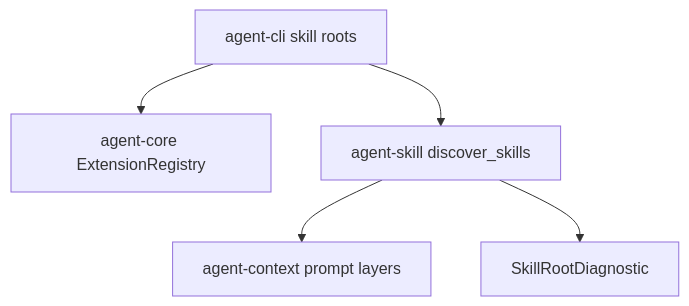
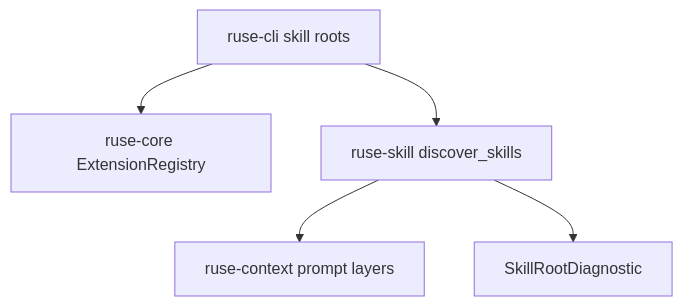
One commit to poneding/agent changed the diagram in docs/specs/M22-03-skill-root-management.spec.md. Above: the diagram before and after it, drawn with Mermaid. The commit also changed other lines of this file and 2091 other files, not shown here.

First line of the commit message:
refactor: rename agent branding to ruse

````diff
--- a/docs/specs/M22-03-skill-root-management.spec.md
+++ b/docs/specs/M22-03-skill-root-management.spec.md
@@ -32,7 +32,7 @@
 ```mermaid
 flowchart TD
-  CLI["agent-cli skill roots"] --> Core["agent-core ExtensionRegistry"]
-  CLI --> Skill["agent-skill discover_skills"]
-  Skill --> Context["agent-context prompt layers"]
+  CLI["ruse-cli skill roots"] --> Core["ruse-core ExtensionRegistry"]
+  CLI --> Skill["ruse-skill discover_skills"]
+  Skill --> Context["ruse-context prompt layers"]
   Skill --> Diagnostics["SkillRootDiagnostic"]
 ```
````
